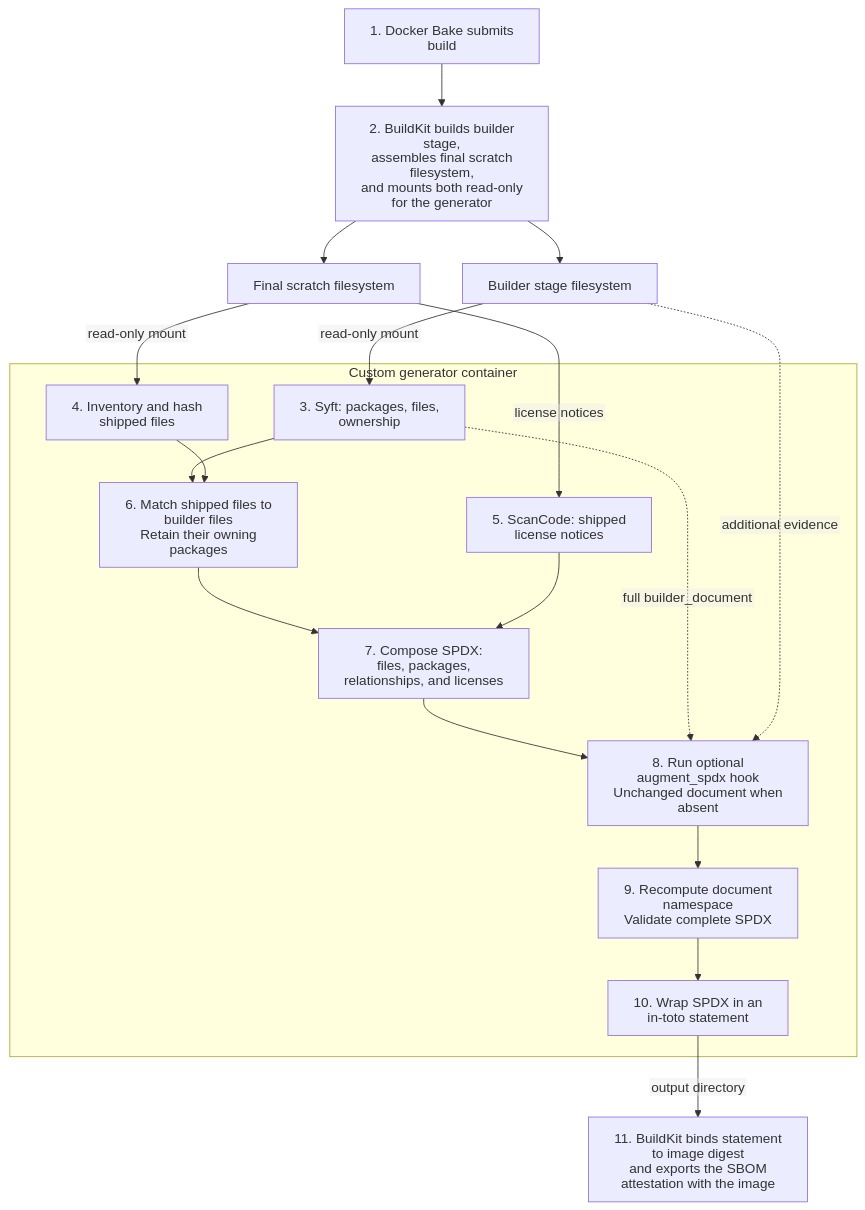
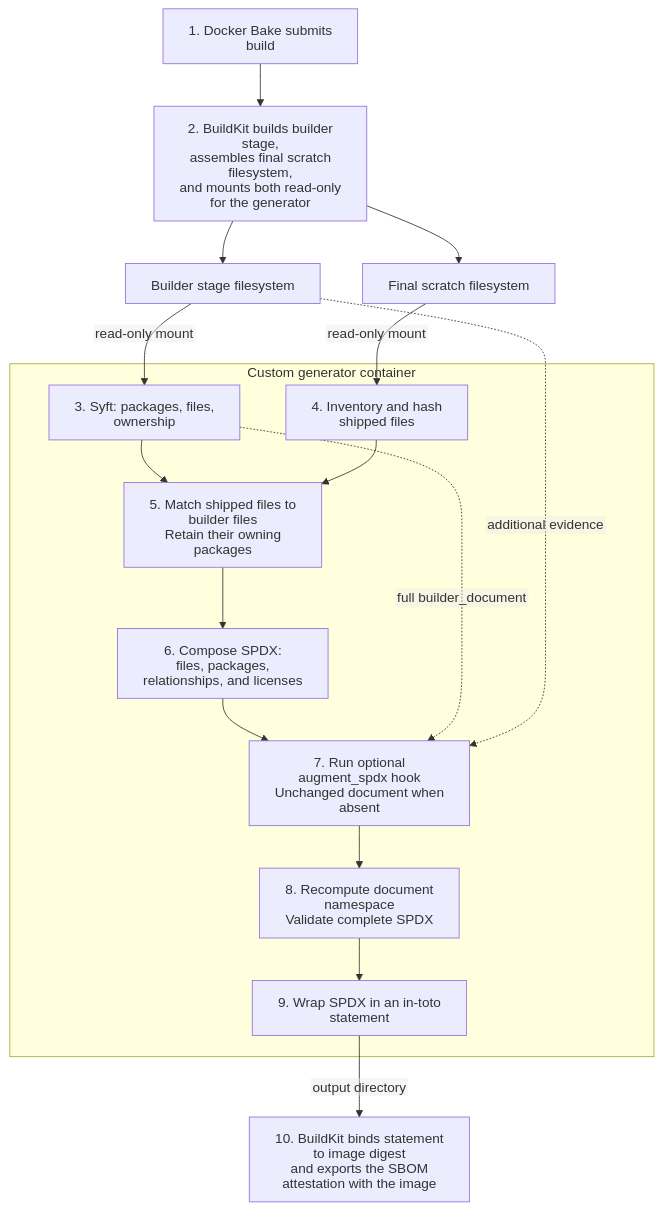
Before and after one commit to ardentperf-labs/postgres-extensions-containers: the diagram in sbom-generator/README.md, drawn with Mermaid. The commit also changed other lines of this file and 14 other files, not shown here.

First line of the commit message:
Simplify SBOM generation by removing ScanCode

````diff
--- a/sbom-generator/README.md
+++ b/sbom-generator/README.md
@@ -123,33 +144,30 @@
 ```mermaid
 %%{init: {"htmlLabels": false}}%%
 flowchart TD
     A["1. Docker Bake submits build"] --> B["2. BuildKit builds builder stage,<br/>assembles final scratch filesystem,<br/>and mounts both read-only for the generator"]
     B --> C["Builder stage filesystem"]
     B --> D["Final scratch filesystem"]
 
     subgraph G["Custom generator container"]
         E["3. Syft: packages, files, ownership"]
         F["4. Inventory and hash shipped files"]
-        I["5. ScanCode: shipped license notices"]
-        H["6. Match shipped files to builder files<br/>Retain their owning packages"]
-        P["7. Compose SPDX:<br/>files, packages, relationships, and licenses"]
-        X["8. Run optional augment_spdx hook<br/>Unchanged document when absent"]
-        V["9. Recompute document namespace<br/>Validate complete SPDX"]
-        J["10. Wrap SPDX in an in-toto statement"]
+        H["5. Match shipped files to builder files<br/>Retain their owning packages"]
+        P["6. Compose SPDX:<br/>files, packages, relationships, and licenses"]
+        X["7. Run optional augment_spdx hook<br/>Unchanged document when absent"]
+        V["8. Recompute document namespace<br/>Validate complete SPDX"]
+        J["9. Wrap SPDX in an in-toto statement"]
 
         E --> H
         F --> H
         H --> P
-        I --> P
         P --> X
         E -. full builder_document .-> X
         X --> V
         V --> J
     end
 
     C -->|read-only mount| E
     D -->|read-only mount| F
-    D -->|license notices| I
     C -. additional evidence .-> X
-    J -->|output directory| K["11. BuildKit binds statement to image digest<br/>and exports the SBOM attestation with the image"]
+    J -->|output directory| K["10. BuildKit binds statement to image digest<br/>and exports the SBOM attestation with the image"]
 ```
````
